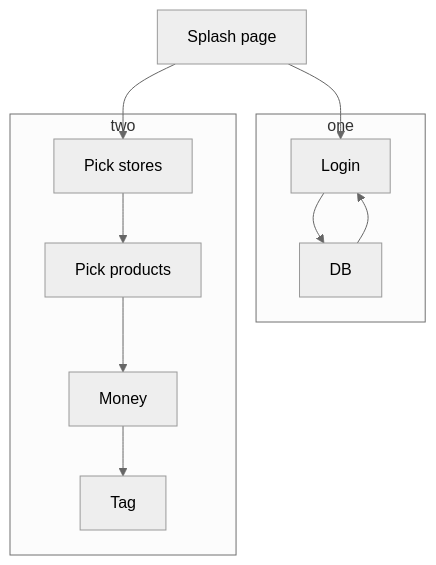
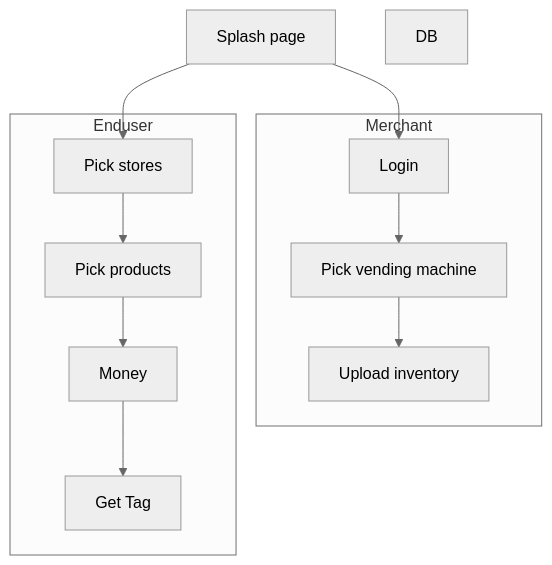
One commit to mulefish/dispense_version3 changed the diagram in README.md. Above: the diagram before and after it, drawn with Mermaid (neutral theme). The commit also changed other lines of this file, not shown here.

````diff
--- a/README.md
+++ b/README.md
@@ -31,27 +7,28 @@
 ```mermaid
     flowchart TB
     A[Splash page]
     B[Login]
     C[DB]
     D[Pick stores]
     E[Pick products]
     F[Money]
-    G[Tag]
-
+    G[Get Tag]
+    H[Pick vending machine]
+    I[Upload inventory]
 
 
     A-->B
-    subgraph one
-        B-->C
-        C-->B
+    subgraph Merchant
+        B-->H
+        H-->I
     end
     
     A-->D
-    subgraph two
+    subgraph Enduser
         D-->E
         E-->F
         F-->G
     end
 
 
 ```
````
